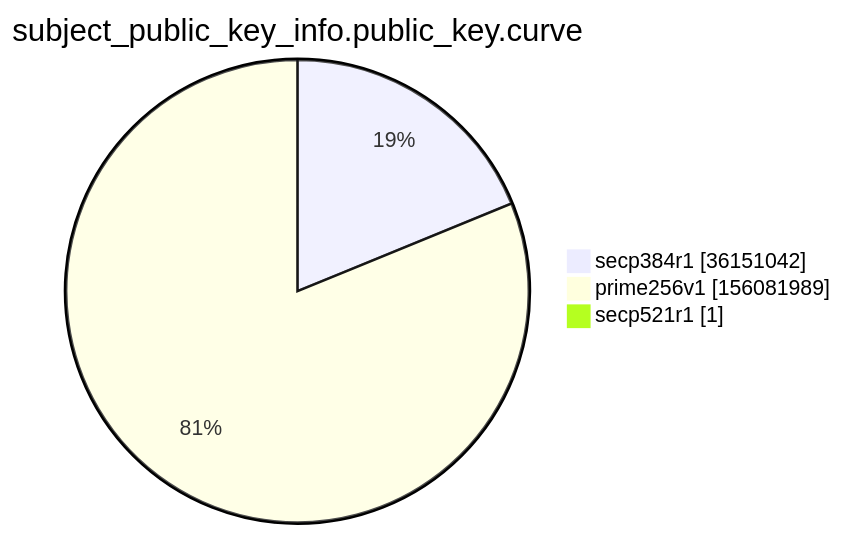
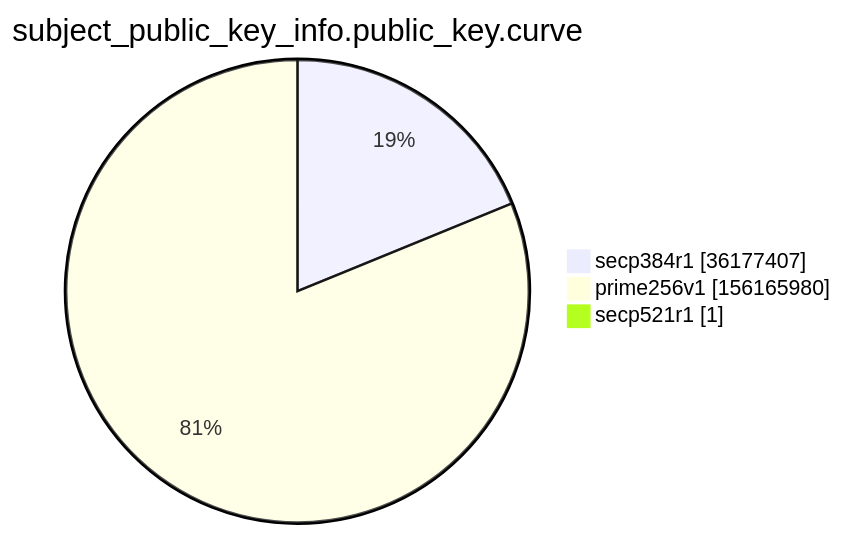
One commit to christiankrug/ctmonitor_visualization changed the ninth of 15 diagrams in argon2022/README.md. Above: the diagram before and after it, drawn with Mermaid. The commit also changed other lines of this file, not shown here.

````diff
--- a/argon2022/README.md
+++ b/argon2022/README.md
@@ -2766,7 +2766,7 @@
 ```mermaid
 pie showData
 title subject_public_key_info.public_key.curve
-"secp384r1" :36151042
-"prime256v1" :156081989
+"secp384r1" :36177407
+"prime256v1" :156165980
 "secp521r1" :1
 ```
````
